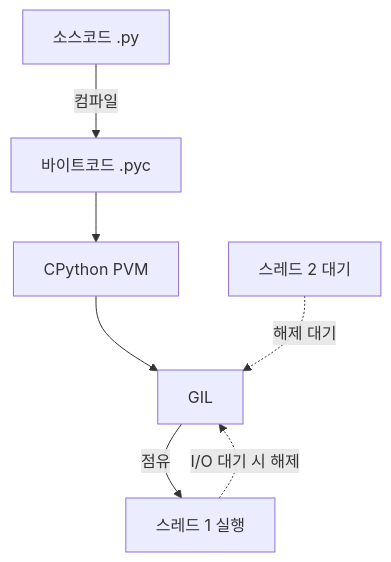
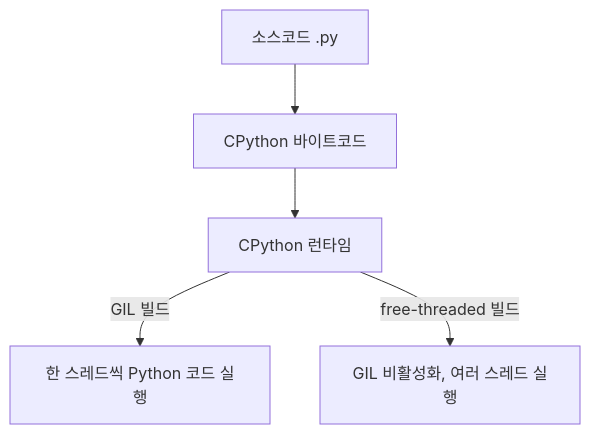
The second of 2 diagrams in src/content/docs/notes/itpe/02-software-engineering/126_python.md (agnusdei1207/study), drawn with Mermaid before and after one commit. The commit also changed other lines of this file and 31 other files, not shown here.

````diff
--- a/src/content/docs/notes/itpe/02-software-engineering/126_python.md
+++ b/src/content/docs/notes/itpe/02-software-engineering/126_python.md
@@ -101,9 +105,6 @@
 ```mermaid
 flowchart TB
-    SRC["소스코드 .py"] -->|"컴파일"| BC["바이트코드 .pyc"]
-    BC --> PVM["CPython PVM"]
-    PVM --> GIL["GIL"]
-    GIL -->|"점유"| T1["스레드 1 실행"]
-    T2["스레드 2 대기"] -.->|"해제 대기"| GIL
-    T1 -.->|"I/O 대기 시 해제"| GIL
+    SRC["소스코드 .py"] --> BC["CPython 바이트코드"] --> PVM["CPython 런타임"]
+    PVM -->|"GIL 빌드"| GIL["한 스레드씩 Python 코드 실행"]
+    PVM -->|"free-threaded 빌드"| FT["GIL 비활성화, 여러 스레드 실행"]
 ```
````
